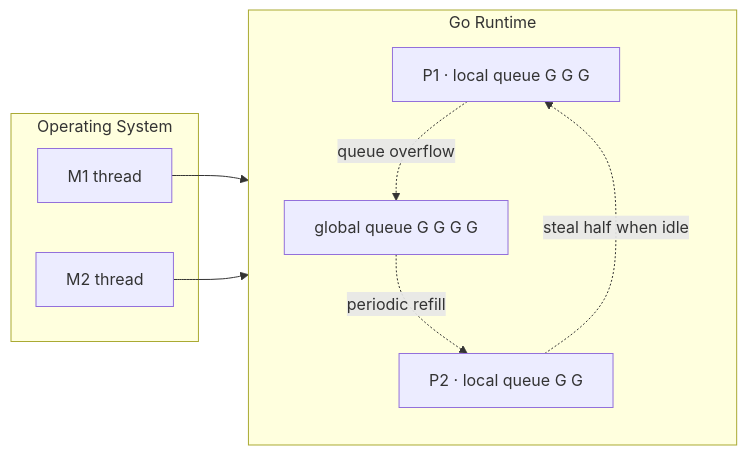
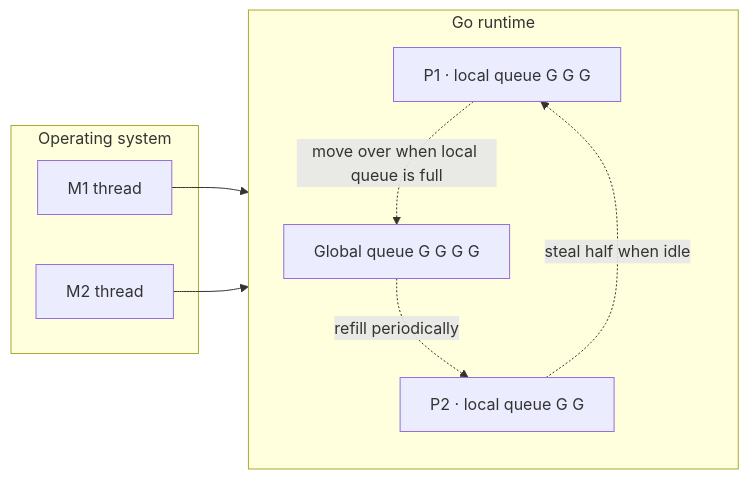
The first of 2 diagrams in book/en-us/part3concurrency/ch09sched/model.md (golang-design/under-the-hood), drawn with Mermaid before and after one commit. The commit also changed other lines of this file and 30 other files, not shown here.

````diff
--- a/book/en-us/part3concurrency/ch09sched/model.md
+++ b/book/en-us/part3concurrency/ch09sched/model.md
@@ -42,18 +85,18 @@
 ```mermaid
 flowchart LR
-    subgraph OS[Operating System]
+    subgraph OS[Operating system]
       M1[M1 thread]
       M2[M2 thread]
     end
-    subgraph RT[Go Runtime]
+    subgraph RT[Go runtime]
       direction TB
       P1["P1 · local queue G G G"]
       P2["P2 · local queue G G"]
-      GQ["global queue G G G G"]
+      GQ["Global queue G G G G"]
     end
     M1 --> P1
     M2 --> P2
     P2 -. steal half when idle .-> P1
-    P1 -. queue overflow .-> GQ
-    GQ -. periodic refill .-> P2
+    P1 -. move over when local queue is full .-> GQ
+    GQ -. refill periodically .-> P2
 ```
````
